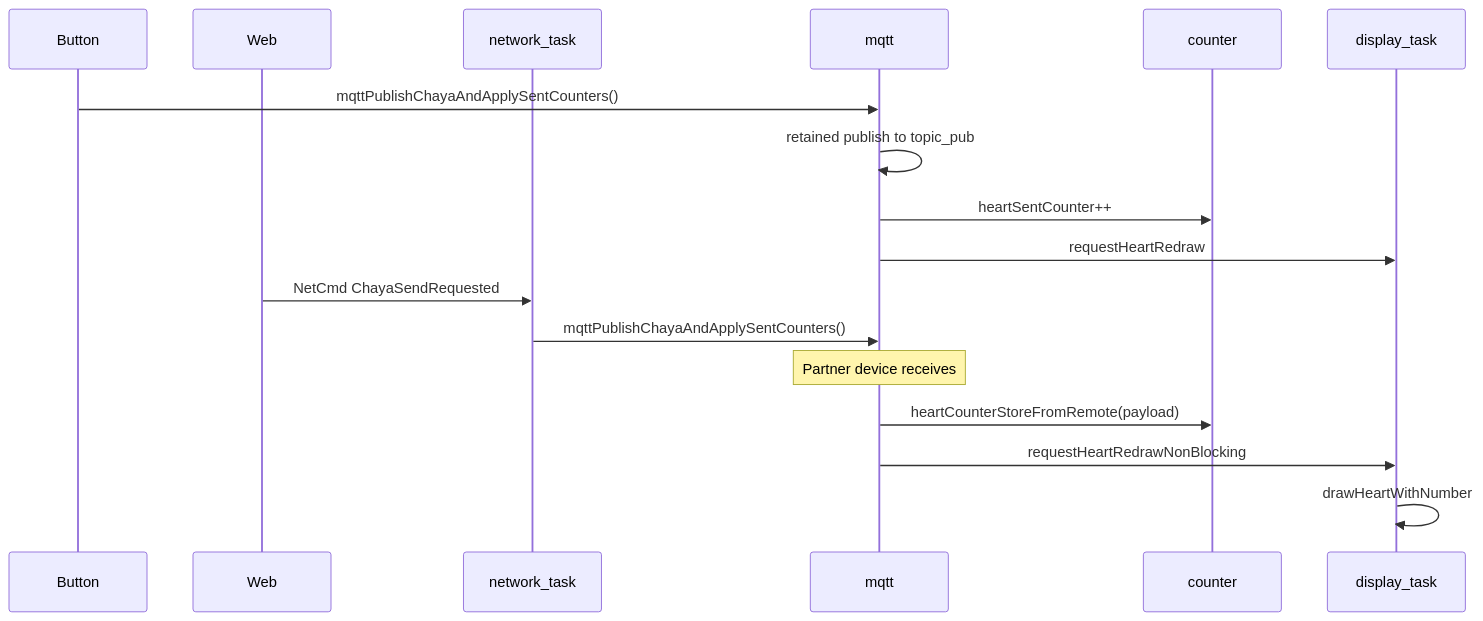
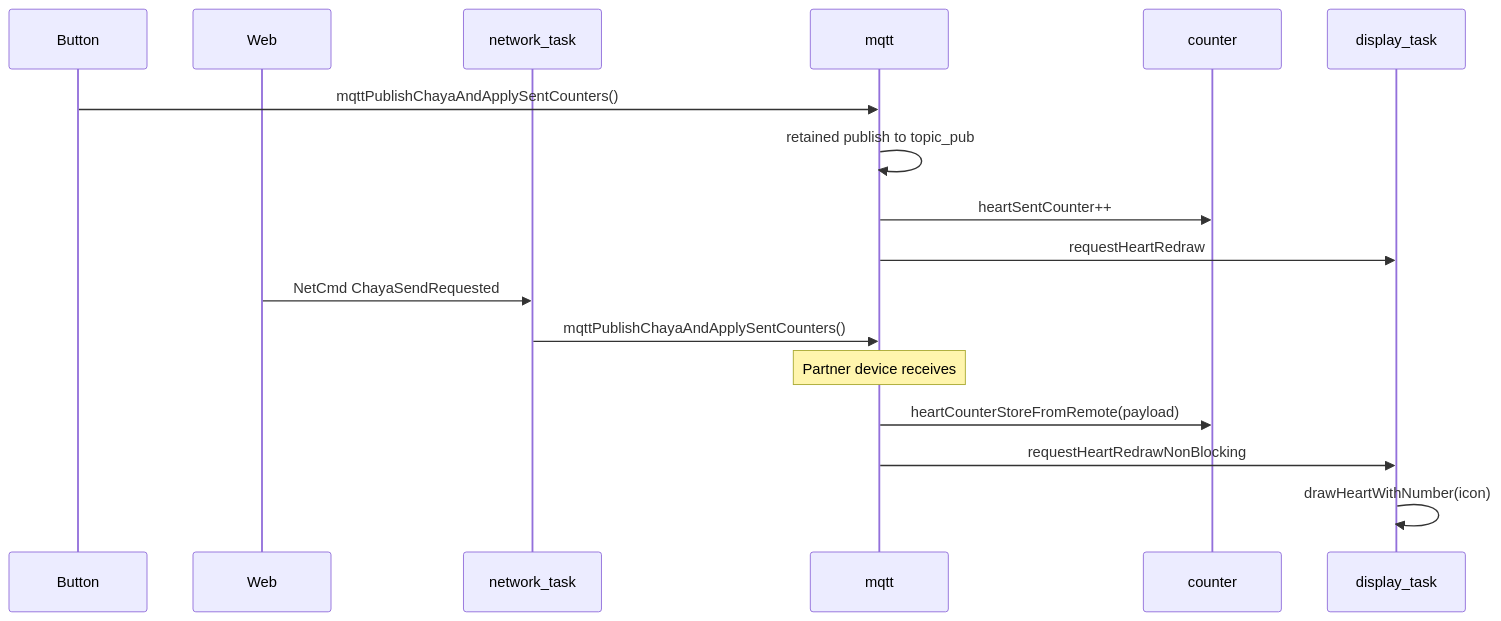
Before and after one commit to EyJunge1/chaya2mqtt: the third of 3 diagrams in docs/ARCHITECTURE.md, drawn with Mermaid. The commit also changed other lines of this file and 35 other files, not shown here.

````diff
--- a/docs/ARCHITECTURE.md
+++ b/docs/ARCHITECTURE.md
@@ -204,22 +204,22 @@
 ```mermaid
 sequenceDiagram
     participant B as Button
     participant W as Web
     participant N as network_task
     participant M as mqtt
     participant C as counter
     participant D as display_task
 
     B->>M: mqttPublishChayaAndApplySentCounters()
     M->>M: retained publish to topic_pub
     M->>C: heartSentCounter++
     M->>D: requestHeartRedraw
 
     W->>N: NetCmd ChayaSendRequested
     N->>M: mqttPublishChayaAndApplySentCounters()
 
     Note over M: Partner device receives
     M->>C: heartCounterStoreFromRemote(payload)
     M->>D: requestHeartRedrawNonBlocking
-    D->>D: drawHeartWithNumber
+    D->>D: drawHeartWithNumber(icon)
 ```
````
